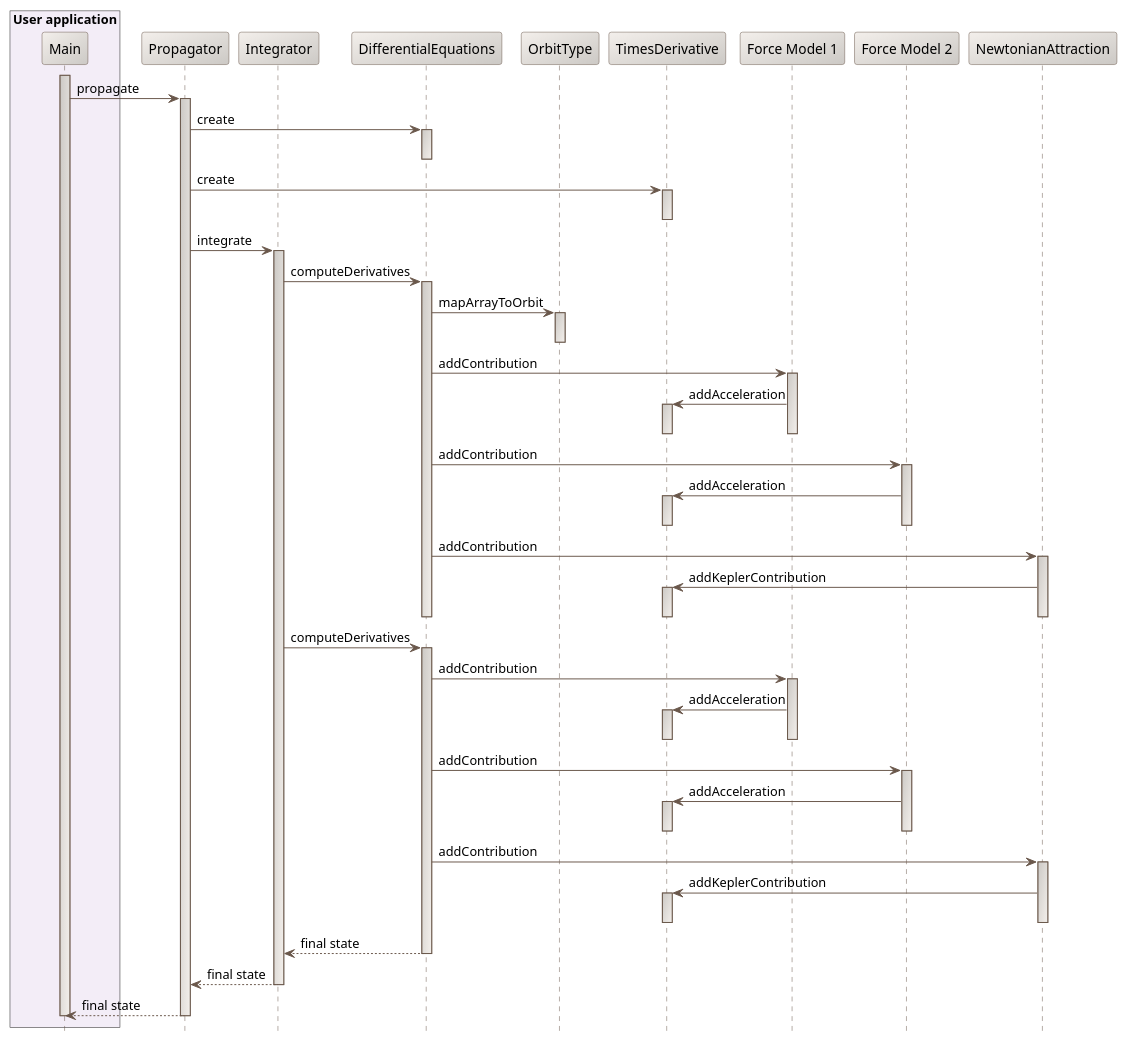
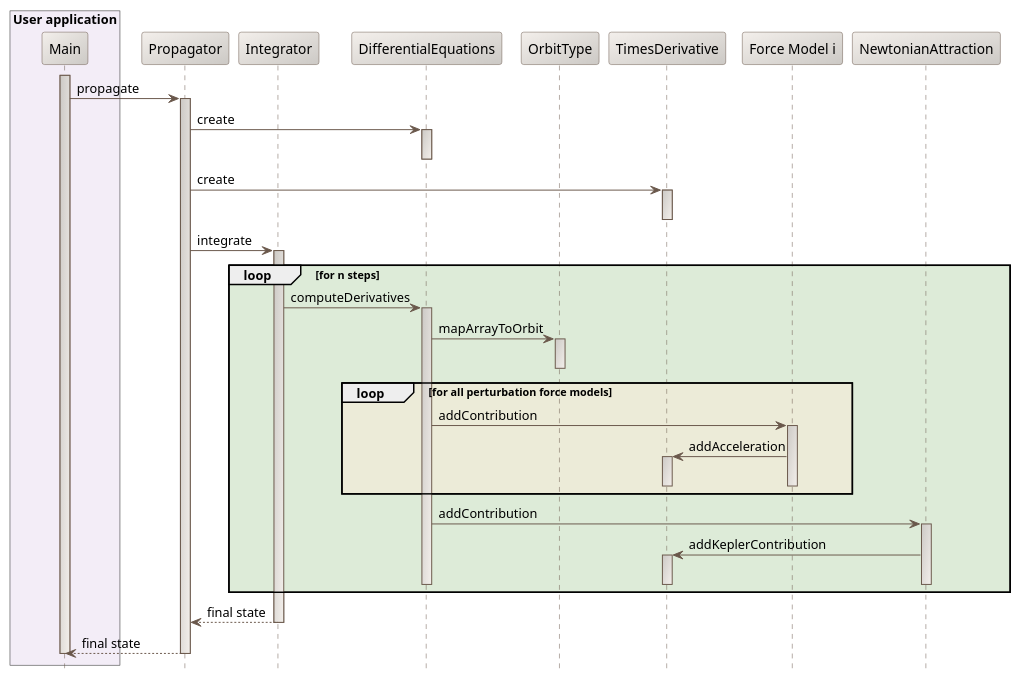
One commit to CS-SI/Orekit changed the diagram in src/design/numerical-propagation-sequence-diagram.puml. Above: the diagram before and after it, drawn with PlantUML. The commit also changed 6 other files, not shown here.

Commit message:
Fixed wrong design diagram.

```diff
--- a/src/design/numerical-propagation-sequence-diagram.puml
+++ b/src/design/numerical-propagation-sequence-diagram.puml
@@ -17,93 +17,68 @@
 @startuml
 
   skinparam svek                                true
   skinparam NoteBackgroundColor                 #F3EFEB
   skinparam NoteBorderColor                     #691616
   skinparam NoteFontColor                       #691616
   skinparam SequenceActorBorderColor            #6A584B
   skinparam SequenceParticipantBackgroundColor  #F3EFEB/CCC9C5
   skinparam SequenceParticipantBorderColor      #6A584B
   skinparam SequenceLifeLineBackgroundColor     #CCC9C5/F3EFEB
   skinparam SequenceLifeLineBorderColor         #6A584B
   skinparam SequenceArrowColor                  #6A584B
   skinparam SequenceBorderColor                 #6A584B
   skinparam SequenceFontSize                    11
 
   hide footbox
 
   box "User application" #F3EDF7
     participant "Main" as M
   end box
   participant Propagator
   participant Integrator
   participant DifferentialEquations
   participant OrbitType
   participant TimesDerivative
-  participant "Force Model 1" as F1
-  participant "Force Model 2" as F2
+  participant "Force Model i" as Fi
   participant NewtonianAttraction
 
   activate M
   M          -> Propagator : propagate
     activate Propagator
     Propagator -> DifferentialEquations : create
       activate DifferentialEquations
       deactivate DifferentialEquations
     Propagator -> TimesDerivative : create
       activate TimesDerivative
       deactivate TimesDerivative
     Propagator -> Integrator : integrate
       activate Integrator
+      loop #DDEBD8 for n steps
       Integrator -> DifferentialEquations : computeDerivatives
         activate DifferentialEquations
         DifferentialEquations -> OrbitType : mapArrayToOrbit
           activate OrbitType
           deactivate OrbitType
-        DifferentialEquations -> F1 : addContribution
-          activate F1
-          F1 -> TimesDerivative : addAcceleration
+      loop #ECEBD8 for all perturbation force models
+        DifferentialEquations -> Fi : addContribution
+          activate Fi
+          Fi -> TimesDerivative : addAcceleration
             activate TimesDerivative
             deactivate TimesDerivative
-          deactivate F1
-        DifferentialEquations -> F2 : addContribution
-          activate F2
-          F2 -> TimesDerivative : addAcceleration
-            activate TimesDerivative
-            deactivate TimesDerivative
-          deactivate F2
+          deactivate Fi
+       end
         DifferentialEquations -> NewtonianAttraction : addContribution
           activate NewtonianAttraction
           NewtonianAttraction -> TimesDerivative : addKeplerContribution
             activate TimesDerivative
             deactivate TimesDerivative
           deactivate NewtonianAttraction
         deactivate DifferentialEquations
-      Integrator -> DifferentialEquations : computeDerivatives
-        activate DifferentialEquations
-        DifferentialEquations -> F1 : addContribution
-          activate F1
-          F1 -> TimesDerivative : addAcceleration
-            activate TimesDerivative
-            deactivate TimesDerivative
-          deactivate F1
-        DifferentialEquations -> F2 : addContribution
-          activate F2
-          F2 -> TimesDerivative : addAcceleration
-            activate TimesDerivative
-            deactivate TimesDerivative
-          deactivate F2
-        DifferentialEquations -> NewtonianAttraction : addContribution
-          activate NewtonianAttraction
-          NewtonianAttraction -> TimesDerivative : addKeplerContribution
-            activate TimesDerivative
-            deactivate TimesDerivative
-          deactivate NewtonianAttraction
-        DifferentialEquations --> Integrator : final state
-        deactivate DifferentialEquations
+      end
       Integrator --> Propagator : final state
       deactivate Integrator
     Propagator --> M : final state
     deactivate Propagator
   deactivate M
 
 @enduml
```
